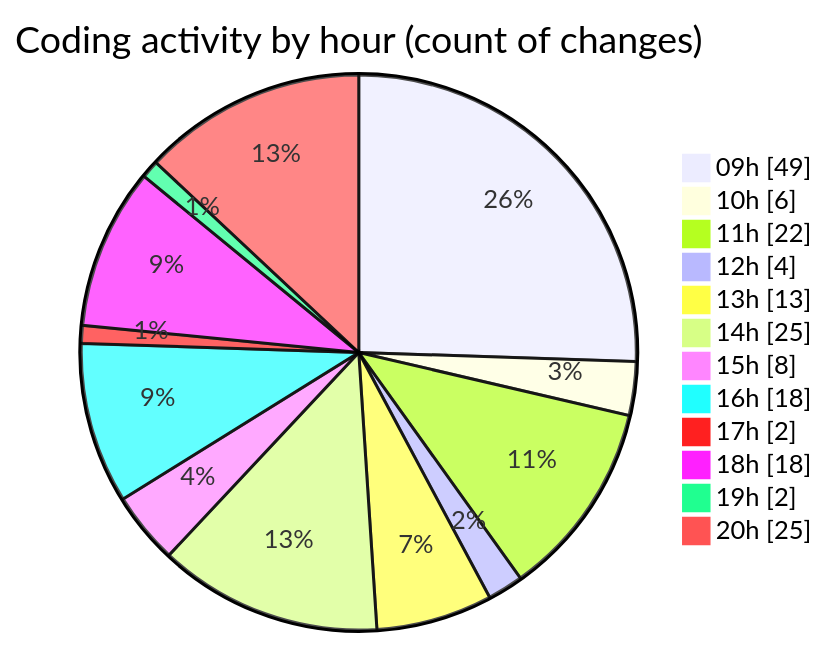
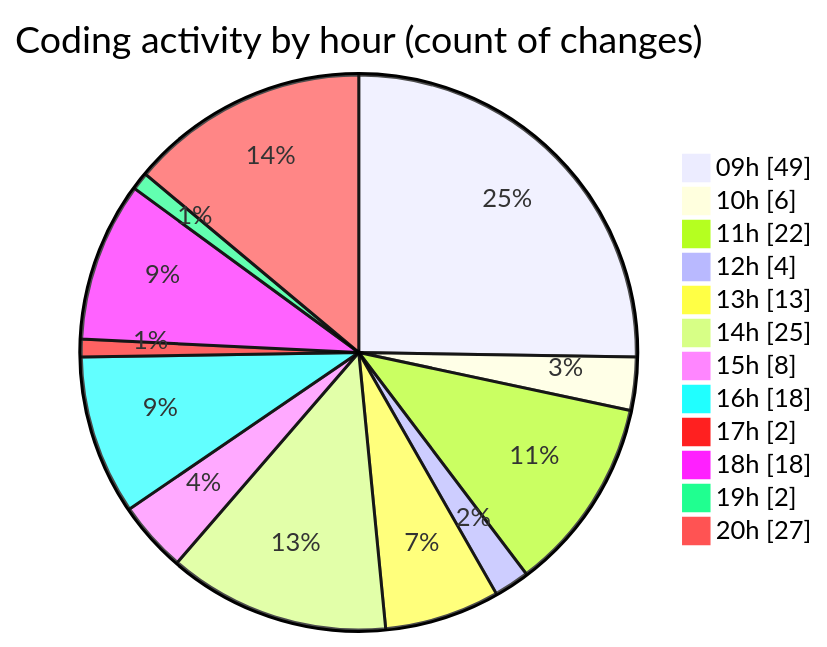
Before and after one commit to momahboobian/code-tracking: the second of 2 diagrams in 2026-06-17/cda/README.md, drawn with Mermaid. The commit also changed other lines of this file and 1 other file, not shown here.

````diff
--- a/2026-06-17/cda/README.md
+++ b/2026-06-17/cda/README.md
@@ -71,16 +71,16 @@
 ```mermaid
 pie showData
 title Coding activity by hour (count of changes)
 "09h" : 49
 "10h" : 6
 "11h" : 22
 "12h" : 4
 "13h" : 13
 "14h" : 25
 "15h" : 8
 "16h" : 18
 "17h" : 2
 "18h" : 18
 "19h" : 2
-"20h" : 25
+"20h" : 27
 ```
````
